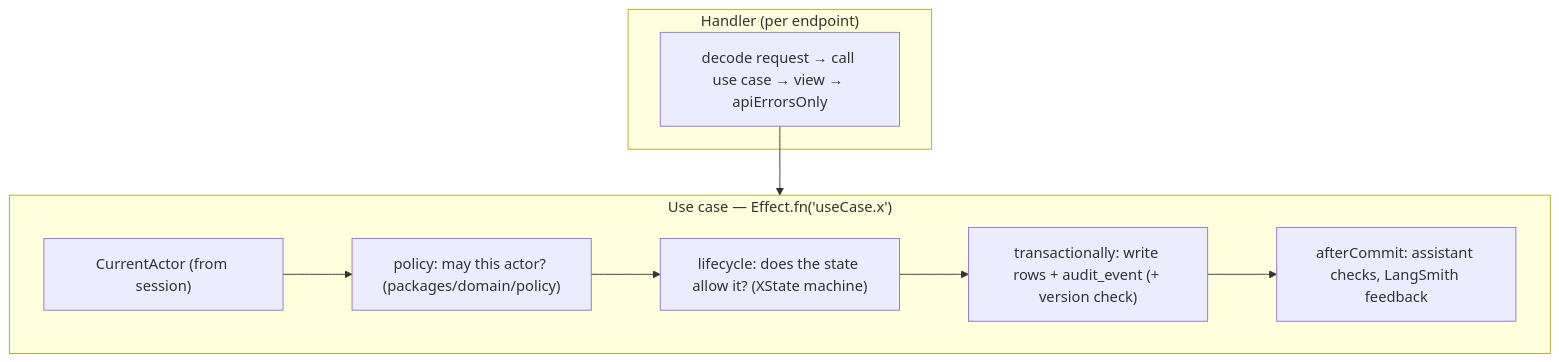
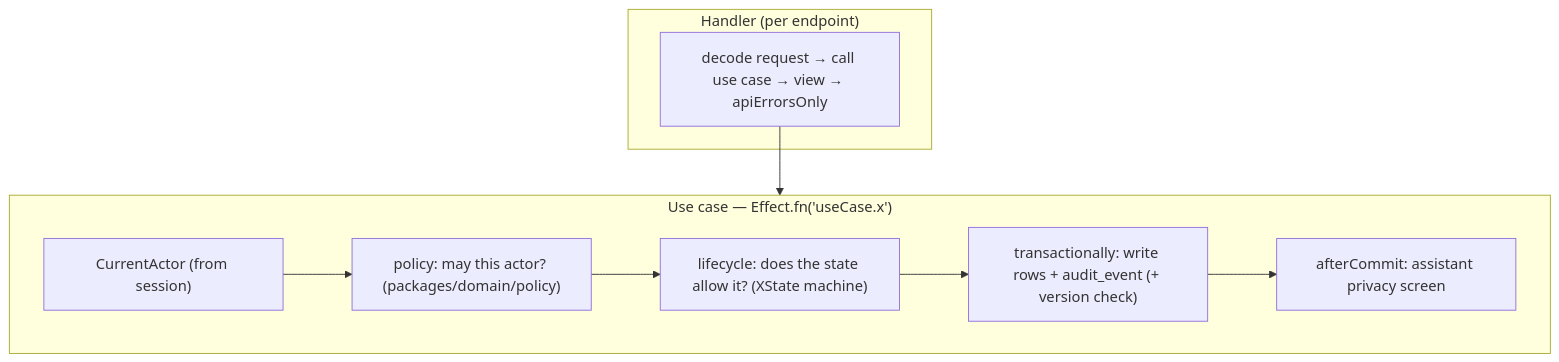
Before and after one commit to brandonbryant12/project-x: the fourth of 9 diagrams in docs/architecture/overview.md, drawn with Mermaid. The commit also changed other lines of this file and 54 other files, not shown here.

````diff
--- a/docs/architecture/overview.md
+++ b/docs/architecture/overview.md
@@ -75,13 +73,13 @@
 ```mermaid
 flowchart TB
   subgraph handler["Handler (per endpoint)"]
     h["decode request → call use case → view → apiErrorsOnly"]
   end
   subgraph usecase["Use case — Effect.fn('useCase.x')"]
     a["CurrentActor (from session)"] --> p["policy: may this actor? (packages/domain/policy)"]
     p --> m["lifecycle: does the state allow it? (XState machine)"]
     m --> t["transactionally: write rows + audit_event (+ version check)"]
-    t --> ac["afterCommit: assistant checks, LangSmith feedback"]
+    t --> ac["afterCommit: assistant privacy screen"]
   end
   h --> usecase
 ```
````
